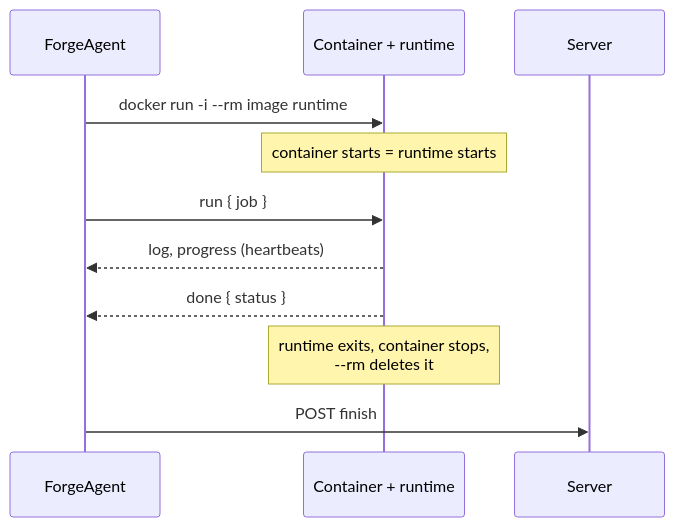
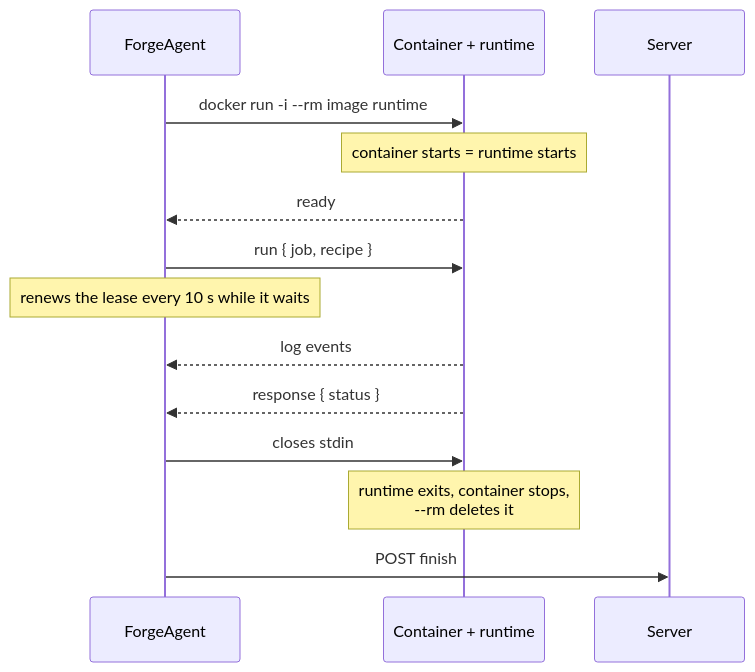
One commit to RolandTeslaru/Quarry changed the fifth of 12 diagrams in docs/design/forge-runtimes.md. Above: the diagram before and after it, drawn with Mermaid. The commit also changed other lines of this file and 29 other files, not shown here.

````diff
--- a/docs/design/forge-runtimes.md
+++ b/docs/design/forge-runtimes.md
@@ -153,13 +157,16 @@
 ```mermaid
 sequenceDiagram
     participant D as ForgeAgent
     participant C as Container + runtime
     participant S as Server
     D->>C: docker run -i --rm image runtime
     Note over C: container starts = runtime starts
-    D->>C: run { job }
-    C-->>D: log, progress (heartbeats)
-    C-->>D: done { status }
+    C-->>D: ready
+    D->>C: run { job, recipe }
+    Note over D: renews the lease every 10 s while it waits
+    C-->>D: log events
+    C-->>D: response { status }
+    D->>C: closes stdin
     Note over C: runtime exits, container stops,<br/>--rm deletes it
     D->>S: POST finish
 ```
````
